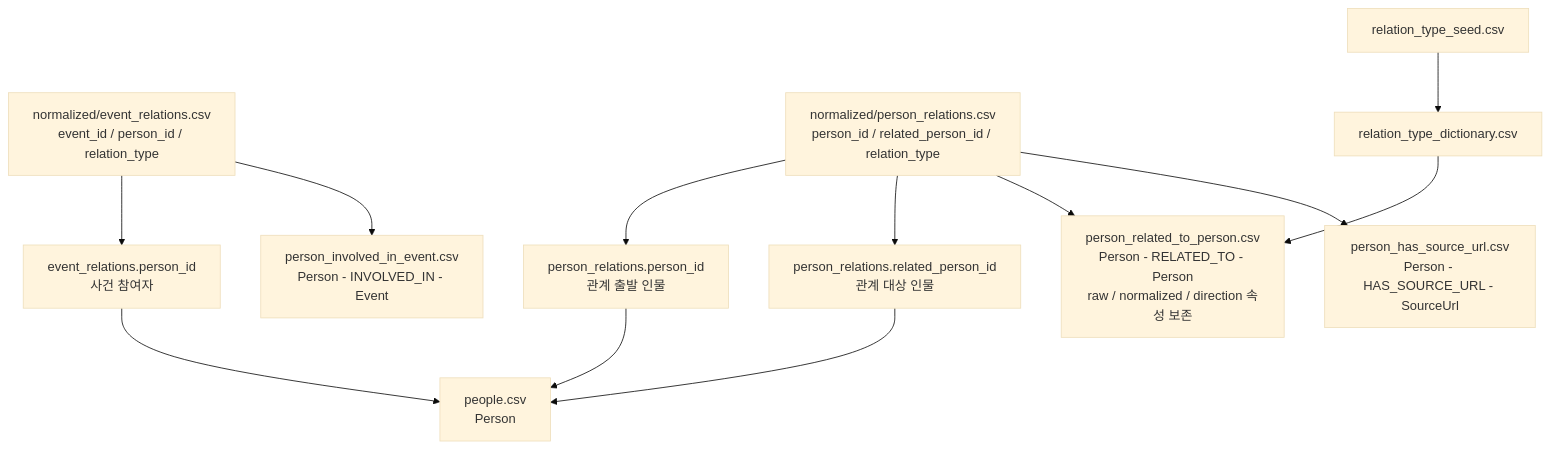
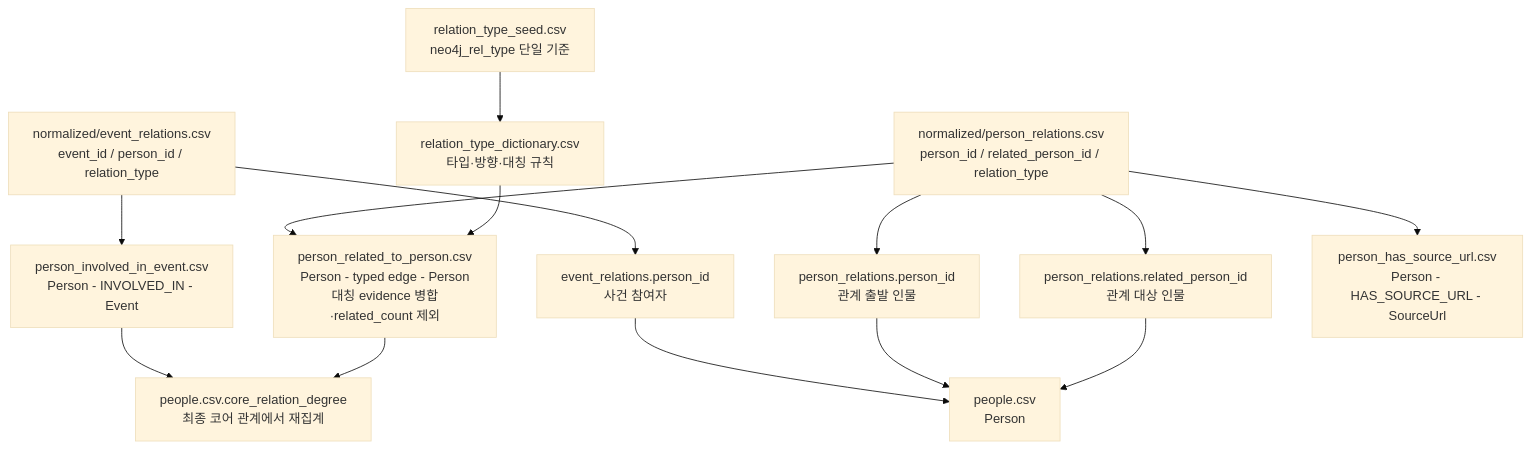
Before and after one commit to SKNETWORKS-FAMILY-AICAMP/SKN27-FINAL-2Team: diagram 15 of 20 in docs/neo4j/neo4j_implementation_mermaid_flow.md, drawn with Mermaid (base theme). The commit also changed other lines of this file and 24 other files, not shown here.

````diff
--- a/docs/neo4j/neo4j_implementation_mermaid_flow.md
+++ b/docs/neo4j/neo4j_implementation_mermaid_flow.md
@@ -684,25 +709,28 @@
 ```mermaid
 flowchart TB
     event_rel["normalized/event_relations.csv<br/>event_id / person_id / relation_type"]
     person_rel["normalized/person_relations.csv<br/>person_id / related_person_id / relation_type"]
-    relation_seed["relation_type_seed.csv"]
-    relation_dict["relation_type_dictionary.csv"]
+    relation_seed["relation_type_seed.csv<br/>neo4j_rel_type 단일 기준"]
+    relation_dict["relation_type_dictionary.csv<br/>타입·방향·대칭 규칙"]
 
     people_from_event["event_relations.person_id<br/>사건 참여자"]
     people_from_person["person_relations.person_id<br/>관계 출발 인물"]
     people_from_related["person_relations.related_person_id<br/>관계 대상 인물"]
     people_node["people.csv<br/>Person"]
 
     involved["person_involved_in_event.csv<br/>Person - INVOLVED_IN - Event"]
-    related["person_related_to_person.csv<br/>Person - RELATED_TO - Person<br/>raw / normalized / direction 속성 보존"]
+    related["person_related_to_person.csv<br/>Person - typed edge - Person<br/>대칭 evidence 병합·related_count 제외"]
+    core_degree["people.csv.core_relation_degree<br/>최종 코어 관계에서 재집계"]
     person_url["person_has_source_url.csv<br/>Person - HAS_SOURCE_URL - SourceUrl"]
 
     event_rel --> people_from_event --> people_node
     person_rel --> people_from_person --> people_node
     person_rel --> people_from_related --> people_node
 
     event_rel --> involved
     person_rel --> related
     relation_seed --> relation_dict --> related
+    involved --> core_degree
+    related --> core_degree
     person_rel --> person_url
 ```
````
